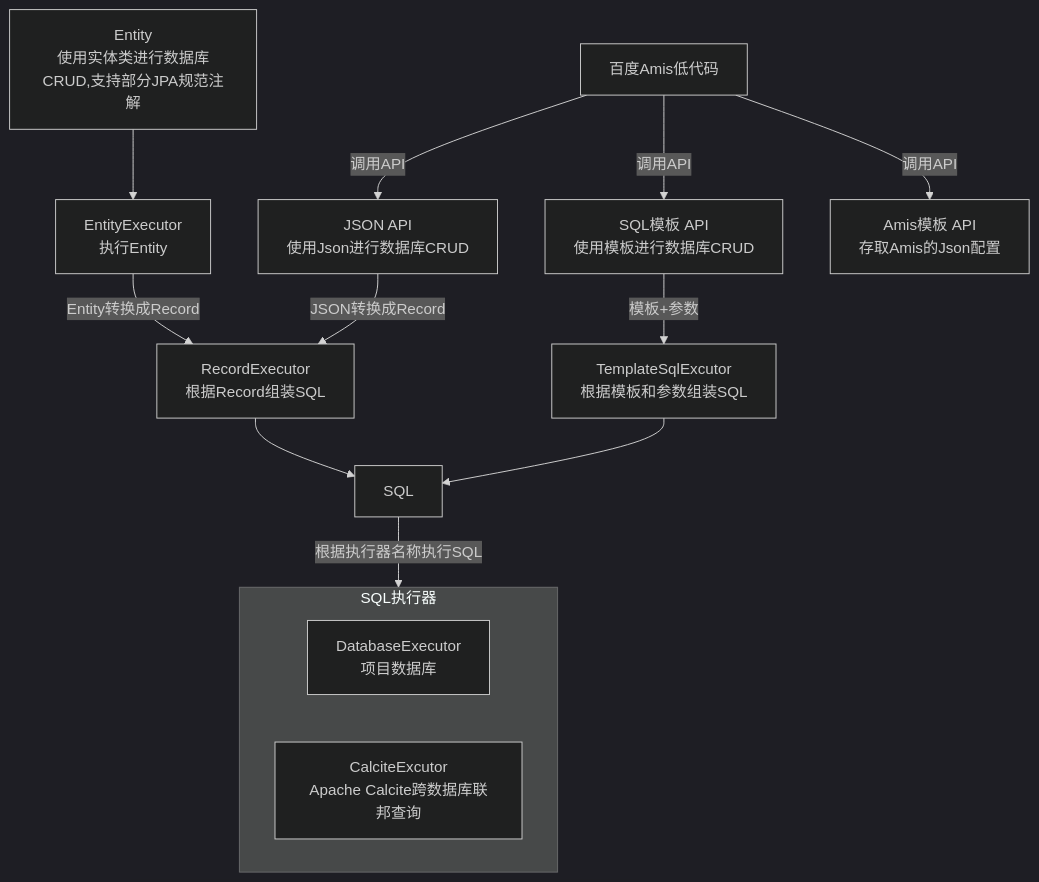
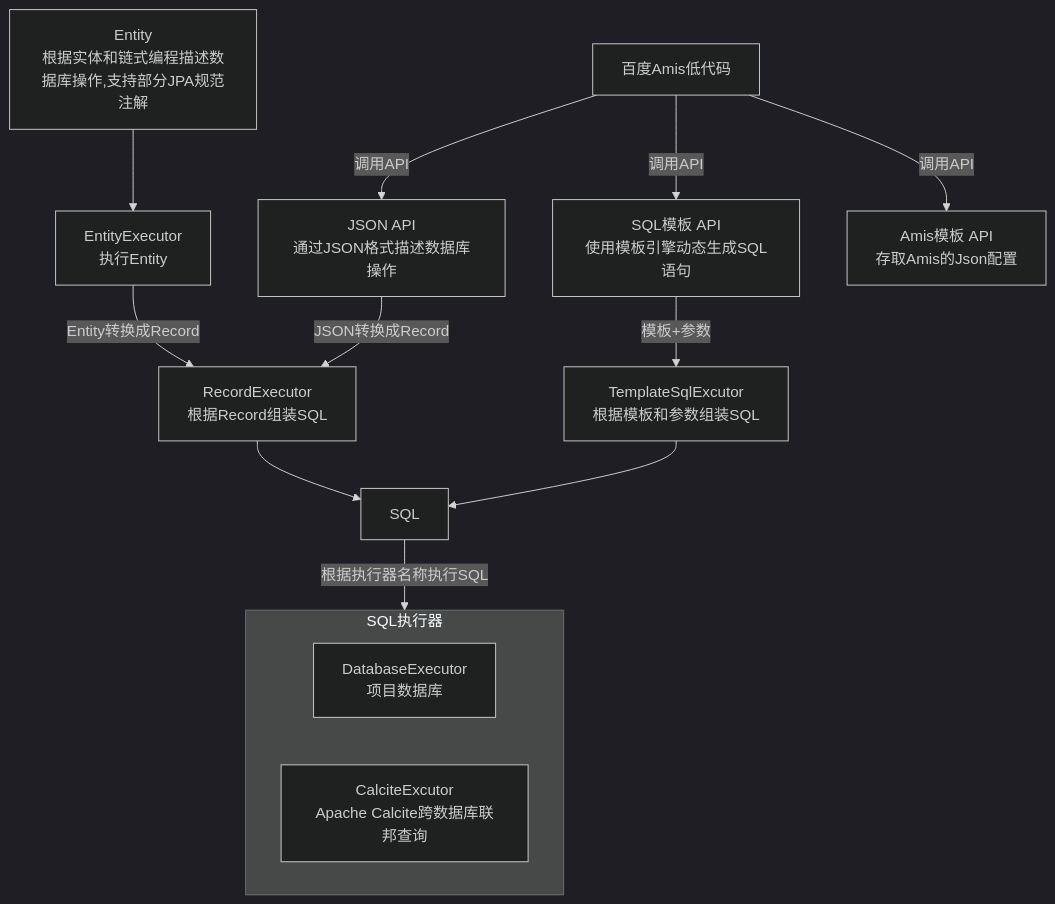
Before and after one commit to wb04307201/sql-forge: the diagram in README.zh-CN.md, drawn with Mermaid (dark theme). The commit also changed other lines of this file, not shown here.

First line of the commit message:
docs(readme): 更新中文文档功能介绍和项目全景图

````diff
--- a/README.zh-CN.md
+++ b/README.zh-CN.md
@@ -21,28 +26,28 @@
 ```mermaid
 graph TB
   Amis[百度Amis低代码]
-  Json[JSON API<br>使用Json进行数据库CRUD</br>]
-  SqlTemplate[SQL模板 API<br>使用模板进行数据库CRUD</br>]
+  Json[JSON API<br>通过JSON格式描述数据库操作</br>]
+  SqlTemplate[SQL模板 API<br>使用模板引擎动态生成SQL语句</br>]
   AmisTemplate[Amis模板 API<br>存取Amis的Json配置</br>]
   RecordExecutor[RecordExecutor<br>根据Record组装SQL</br>]
-  Entity[Entity<br>使用实体类进行数据库CRUD,支持部分JPA规范注解</br>]
+  Entity[Entity<br>根据实体和链式编程‌描述数据库操作,支持部分JPA规范注解</br>]
   EntityExecutor[EntityExecutor<br>执行Entity</br>]
   TemplateSqlExcutor[TemplateSqlExcutor<br>根据模板和参数组装SQL</br>]
   Sql[SQL]
   subgraph ExecutorService[SQL执行器]
     direction LR
     DatabaseExecutor[DatabaseExecutor<br>项目数据库</br>]
     CalciteExcutor[CalciteExcutor<br>Apache Calcite跨数据库联邦查询</br>]
   end
 
   Amis -- 调用API --> Json
   Amis -- 调用API --> SqlTemplate
   Amis -- 调用API --> AmisTemplate
   Json -- JSON转换成Record --> RecordExecutor
   Entity --> EntityExecutor
   EntityExecutor -- Entity转换成Record--> RecordExecutor
   RecordExecutor --> Sql
   SqlTemplate -- 模板+参数 --> TemplateSqlExcutor
   TemplateSqlExcutor --> Sql
   Sql -- 根据执行器名称执行SQL --> ExecutorService
 ```
````
